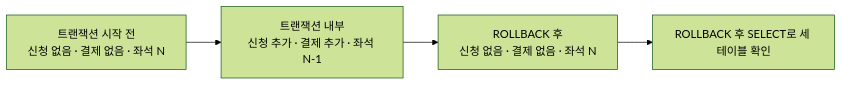
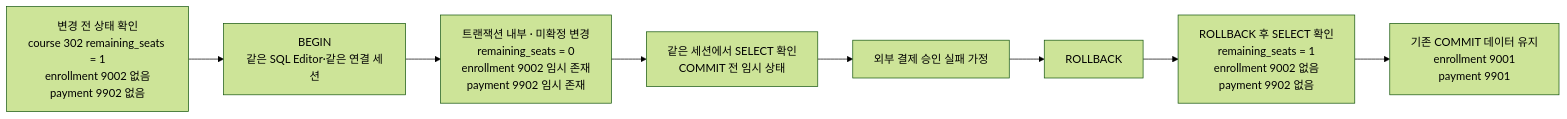
One commit to GilbertMoon/ai-database-book changed the diagram in images/chapter09/ch09_06_rollback_before_after.mmd. Above: the diagram before and after it, drawn with Mermaid (forest theme). The commit also changed 19 other files, not shown here.

```diff
--- a/images/chapter09/ch09_06_rollback_before_after.mmd
+++ b/images/chapter09/ch09_06_rollback_before_after.mmd
@@ -1,6 +1,11 @@
 flowchart LR
-    A[트랜잭션 시작 전<br/>신청 없음 · 결제 없음 · 좌석 N]
-    B[트랜잭션 내부<br/>신청 추가 · 결제 추가 · 좌석 N-1]
-    C[ROLLBACK 후<br/>신청 없음 · 결제 없음 · 좌석 N]
-    A --> B --> C
-    C --> D[ROLLBACK 후 SELECT로 세 테이블 확인]
+    A[변경 전 상태 확인<br/>course 302 remaining_seats = 1<br/>enrollment 9002 없음<br/>payment 9902 없음]
+    B[BEGIN<br/>같은 SQL Editor·같은 연결 세션]
+    C[트랜잭션 내부 · 미확정 변경<br/>remaining_seats = 0<br/>enrollment 9002 임시 존재<br/>payment 9902 임시 존재]
+    D[같은 세션에서 SELECT 확인<br/>COMMIT 전 임시 상태]
+    E[외부 결제 승인 실패 가정]
+    F[ROLLBACK]
+    G[ROLLBACK 후 SELECT 확인<br/>remaining_seats = 1<br/>enrollment 9002 없음<br/>payment 9902 없음]
+    H[기존 COMMIT 데이터 유지<br/>enrollment 9001<br/>payment 9901]
+
+    A --> B --> C --> D --> E --> F --> G --> H
```
